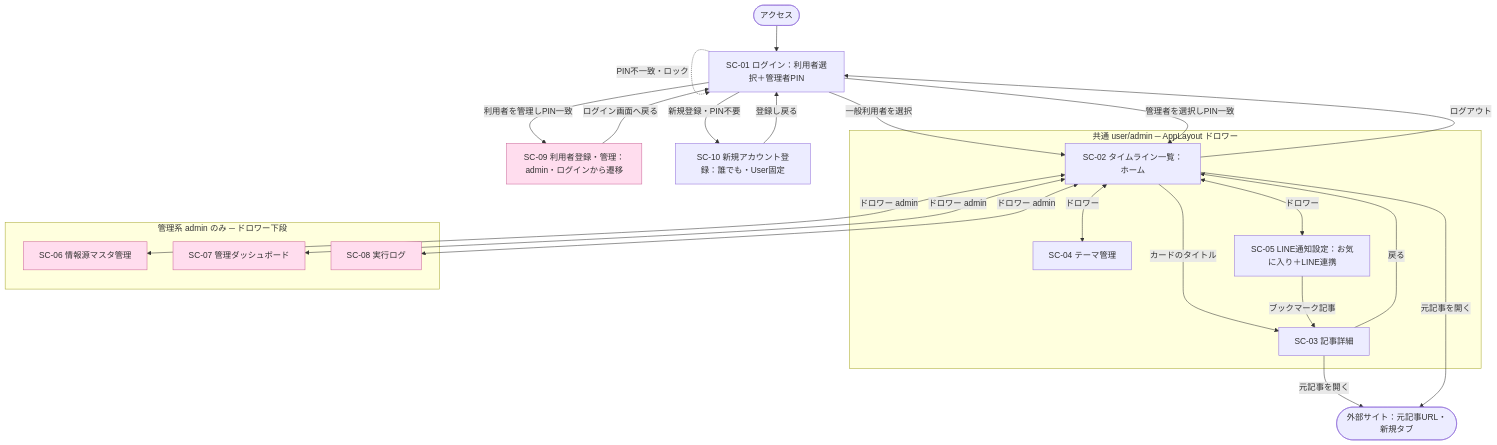
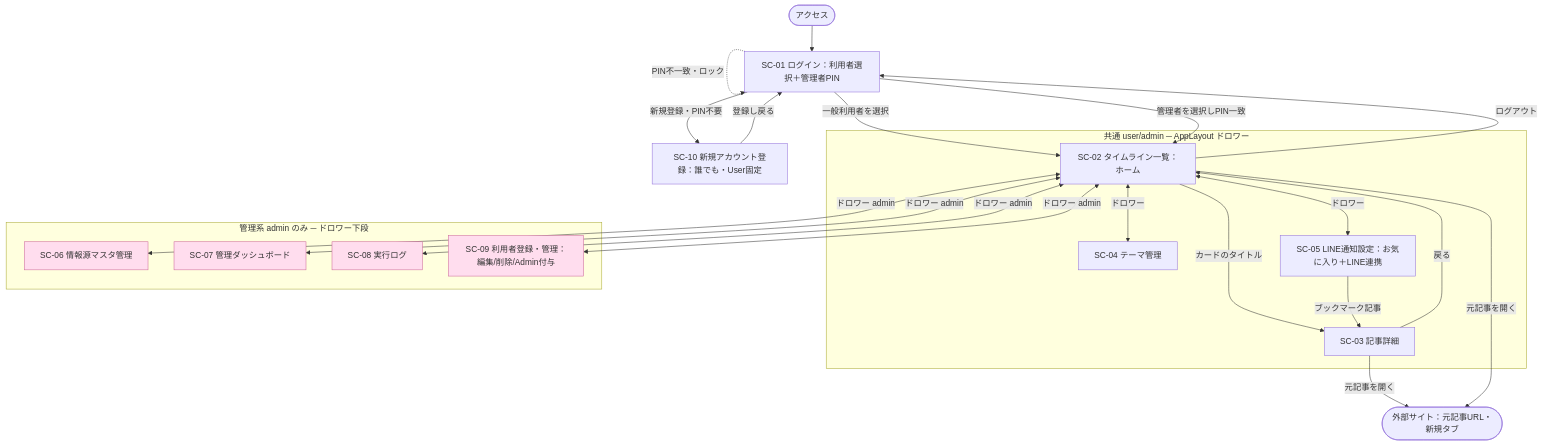
The diagram in 02_基本設計/画面遷移図.md (niro2ro/webapp-info-aggregator), drawn with Mermaid before and after one commit. The commit also changed other lines of this file and 10 other files, not shown here.

````diff
--- a/02_基本設計/画面遷移図.md
+++ b/02_基本設計/画面遷移図.md
@@ -16,48 +16,46 @@
 ```mermaid
 flowchart TD
     START(["アクセス"]) --> SC01
 
     SC01["SC-01 ログイン：利用者選択＋管理者PIN"]
     SC01 -->|一般利用者を選択| SC02
     SC01 -->|管理者を選択しPIN一致| SC02
     SC01 -.->|PIN不一致・ロック| SC01
-    SC01 -->|利用者を管理しPIN一致| SC09
-    SC09 -->|ログイン画面へ戻る| SC01
     SC01 -->|新規登録・PIN不要| SC10
     SC10 -->|登録し戻る| SC01
     SC10["SC-10 新規アカウント登録：誰でも・User固定"]
 
     subgraph COMMON["共通 user/admin ─ AppLayout ドロワー"]
         SC02["SC-02 タイムライン一覧：ホーム"]
         SC03["SC-03 記事詳細"]
         SC04["SC-04 テーマ管理"]
         SC05["SC-05 LINE通知設定：お気に入り＋LINE連携"]
     end
 
     subgraph ADMIN["管理系 admin のみ ─ ドロワー下段"]
         SC06["SC-06 情報源マスタ管理"]
         SC07["SC-07 管理ダッシュボード"]
         SC08["SC-08 実行ログ"]
+        SC09["SC-09 利用者登録・管理：編集/削除/Admin付与"]
     end
-
-    SC09["SC-09 利用者登録・管理：admin・ログインから遷移"]
 
     SC02 -->|カードのタイトル| SC03
     SC03 -->|戻る| SC02
     SC03 -->|元記事を開く| EXT
     SC02 -->|元記事を開く| EXT
     EXT(["外部サイト：元記事URL・新規タブ"])
 
     SC02 <-->|ドロワー| SC04
     SC02 <-->|ドロワー| SC05
     SC05 -->|ブックマーク記事| SC03
 
     SC02 <-->|ドロワー admin| SC06
     SC02 <-->|ドロワー admin| SC07
     SC02 <-->|ドロワー admin| SC08
+    SC02 <-->|ドロワー admin| SC09
 
     SC02 -->|ログアウト| SC01
 
     classDef admin fill:#fde,stroke:#c69;
     class SC06,SC07,SC08,SC09 admin;
 ```
````
